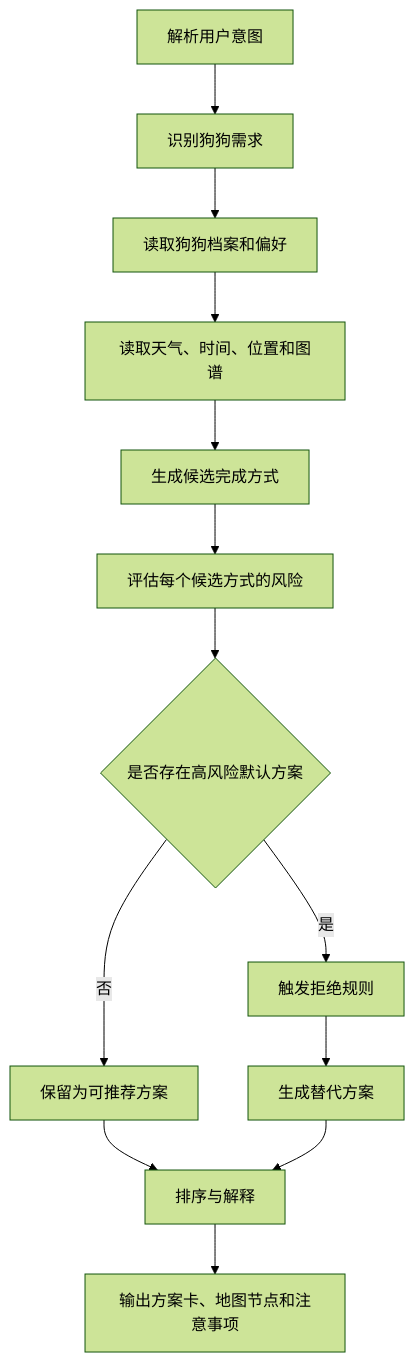
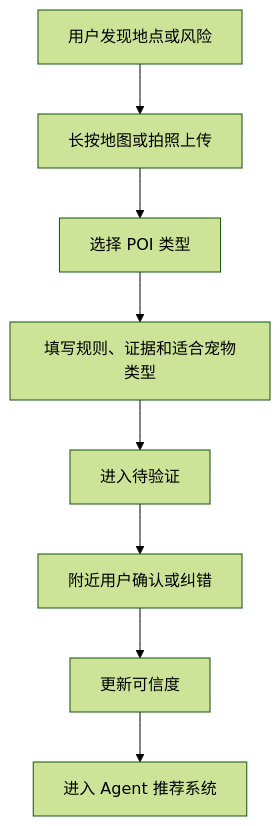
One commit to 1pitaph/PawPilot changed the fourth of 6 diagrams in docs/prd-pet-mobility-agent.md. Above: the diagram before and after it, drawn with Mermaid (forest theme). The commit also changed other lines of this file and 5 other files, not shown here.

````diff
--- a/docs/prd-pet-mobility-agent.md
+++ b/docs/prd-pet-mobility-agent.md
@@ -622,15 +647,10 @@
 ```{mermaid}
 flowchart TD
-    A[解析用户意图] --> B[识别狗狗需求]
-    B --> C[读取狗狗档案和偏好]
-    C --> D[读取天气、时间、位置和图谱]
-    D --> E[生成候选完成方式]
-    E --> F[评估每个候选方式的风险]
-    F --> G{是否存在高风险默认方案}
-    G -- 是 --> H[触发拒绝规则]
-    G -- 否 --> I[保留为可推荐方案]
-    H --> J[生成替代方案]
-    I --> K[排序与解释]
-    J --> K
-    K --> L[输出方案卡、地图节点和注意事项]
+    A[用户发现地点或风险] --> B[长按地图或拍照上传]
+    B --> C[选择 POI 类型]
+    C --> D[填写规则、证据和适合宠物类型]
+    D --> E[进入待验证]
+    E --> F[附近用户确认或纠错]
+    F --> G[更新可信度]
+    G --> H[进入 Agent 推荐系统]
 ```
````
